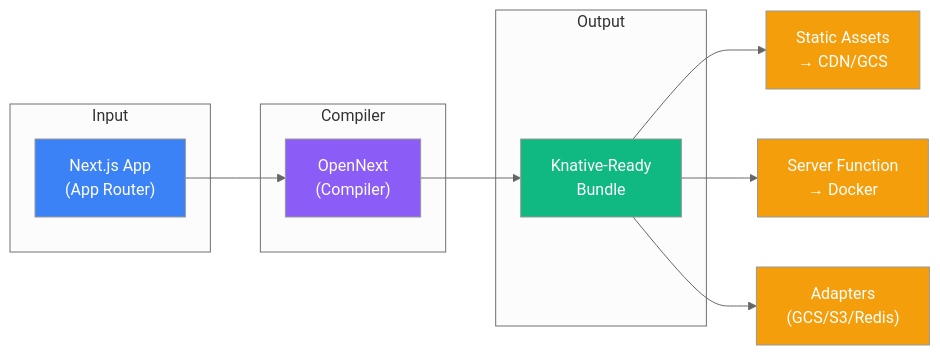
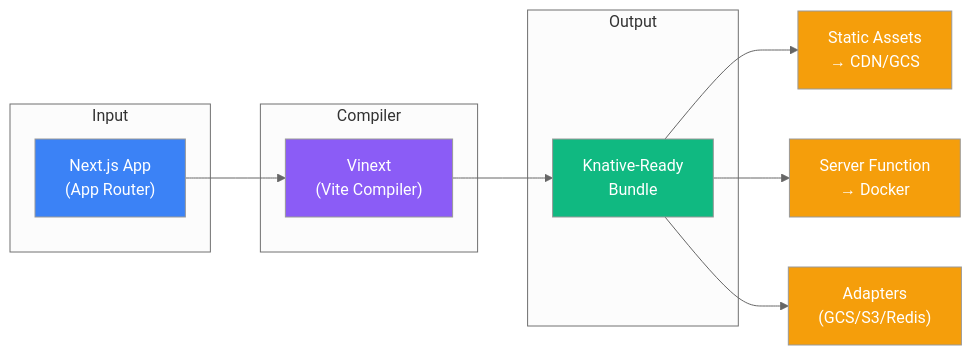
Before and after one commit to getknext-dev/knext: the first of 3 diagrams in README.md, drawn with Mermaid (neutral theme). The commit also changed other lines of this file and 17 other files, not shown here.

First line of the commit message:
Refactor: Replace OpenNext with Vinext for Next.js compilation

````diff
--- a/README.md
+++ b/README.md
@@ -56,27 +56,27 @@
 ```mermaid
 flowchart LR
     subgraph Input
         A["Next.js App<br/>(App Router)"]
     end
     
     subgraph Compiler
-        B["OpenNext<br/>(Compiler)"]
+        B["Vinext<br/>(Vite Compiler)"]
     end
     
     subgraph Output
         C["Knative-Ready<br/>Bundle"]
     end
     
     A --> B --> C
     
     C --> D["Static Assets<br/>→ CDN/GCS"]
     C --> E["Server Function<br/>→ Docker"]
     C --> F["Adapters<br/>(GCS/S3/Redis)"]
 
     style A fill:#3b82f6,color:#fff
     style B fill:#8b5cf6,color:#fff
     style C fill:#10b981,color:#fff
     style D fill:#f59e0b,color:#fff
     style E fill:#f59e0b,color:#fff
     style F fill:#f59e0b,color:#fff
 ```
````
